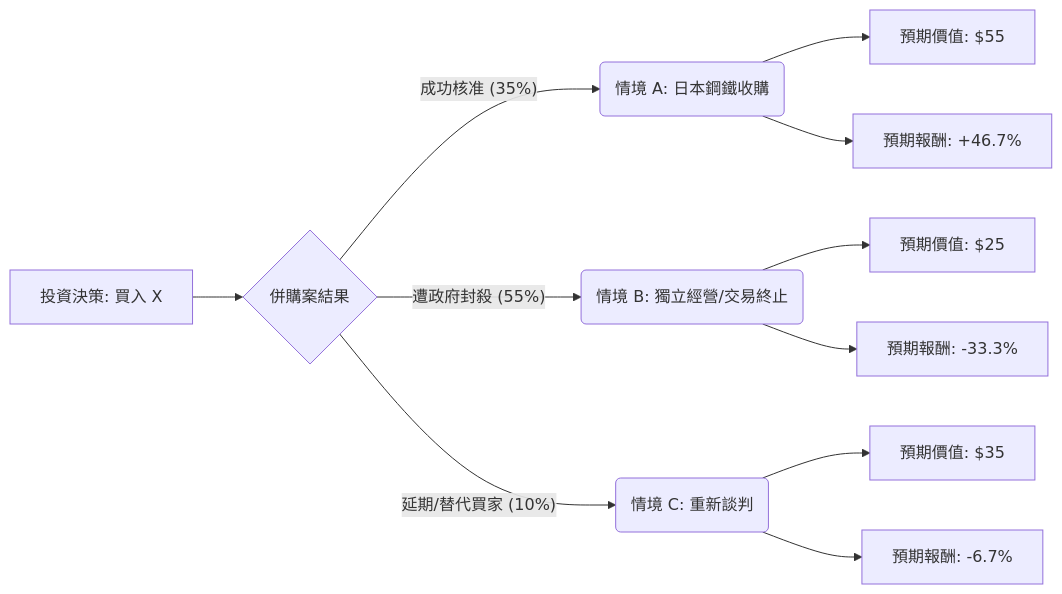
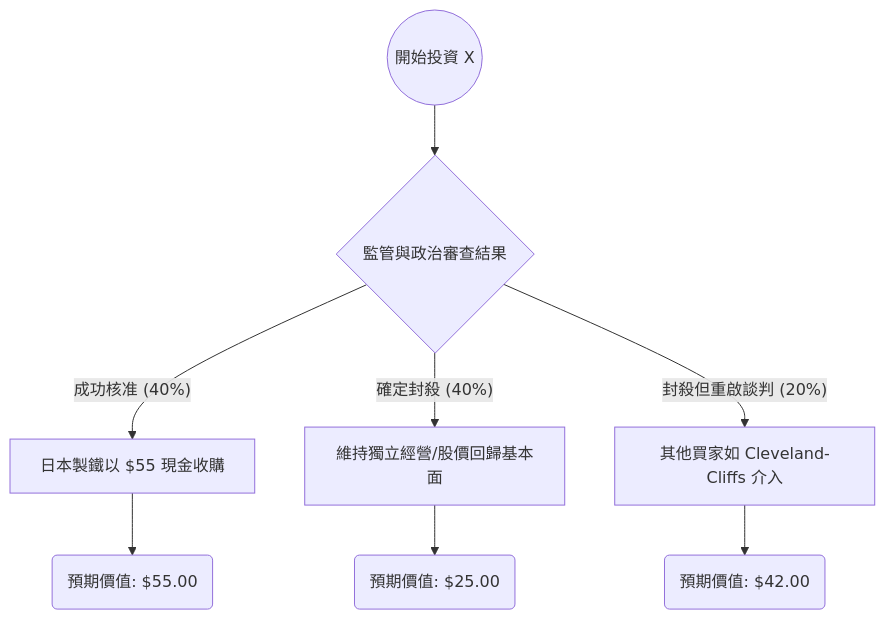
One commit to zmcx16/zmcx16.github.io changed the diagram in plugin-react/ai-analysis/ev-analysis/X.md. Above: the diagram before and after it, drawn with Mermaid. The commit also changed other lines of this file and 85 other files, not shown here.

````diff
--- a/plugin-react/ai-analysis/ev-analysis/X.md
+++ b/plugin-react/ai-analysis/ev-analysis/X.md
@@ -26,16 +11,12 @@
 ```mermaid
-graph LR
-    A[投資決策: 買入 X] --> B{併購案結果}
+graph TD
+    Start((開始投資 X)) --> A{監管與政治審查結果}
     
-    B -- 成功核准 (35%) --> C(情境 A: 日本鋼鐵收購)
-    C --> C1[預期價值: $55]
-    C --> C2[預期報酬: +46.7%]
-    
-    B -- 遭政府封殺 (55%) --> D(情境 B: 獨立經營/交易終止)
-    D --> D1[預期價值: $25]
-    D --> D2[預期報酬: -33.3%]
-    
-    B -- 延期/替代買家 (10%) --> E(情境 C: 重新談判)
-    E --> E1[預期價值: $35]
-    E --> E2[預期報酬: -6.7%]
+    A -- 成功核准 (40%) --> B[日本製鐵以 $55 現金收購]
+    A -- 確定封殺 (40%) --> C[維持獨立經營/股價回歸基本面]
+    A -- 封殺但重啟談判 (20%) --> D[其他買家如 Cleveland-Cliffs 介入]
+
+    B --> B1(預期價值: $55.00)
+    C --> C1(預期價值: $25.00)
+    D --> D1(預期價值: $42.00)
 ```
````
